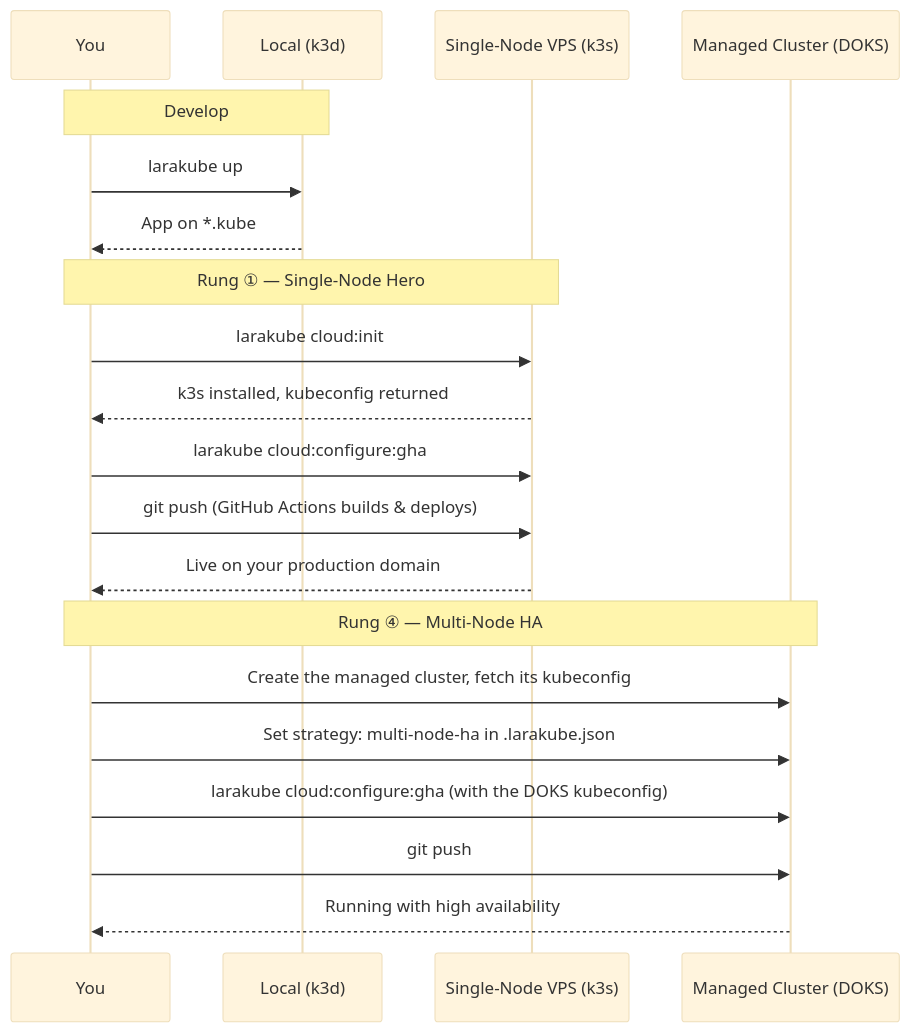
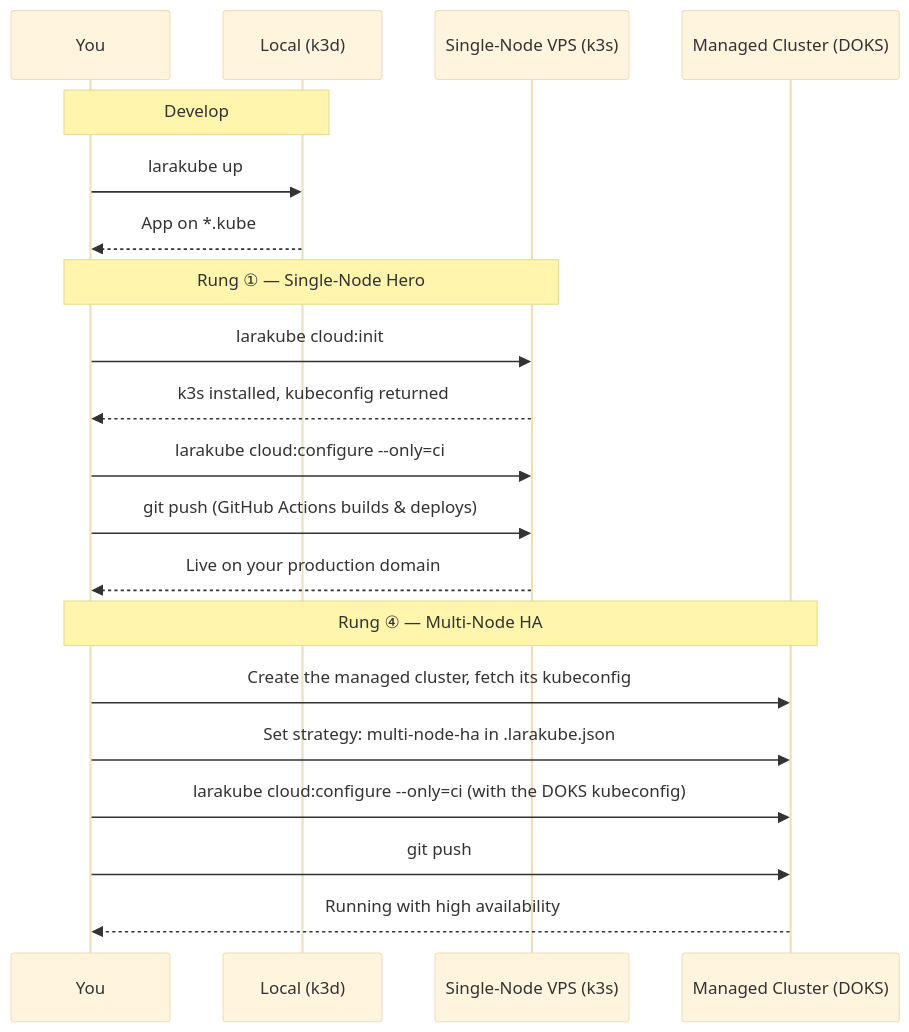
One commit to luchavez-technologies/larakube-docs changed the diagram in docs/deployment/scaling-journey.md. Above: the diagram before and after it, drawn with Mermaid (base theme). The commit also changed 15 other files, not shown here.

First line of the commit message:
docs: reflect unified cloud:configure and add multi-domain web hosts

````diff
--- a/docs/deployment/scaling-journey.md
+++ b/docs/deployment/scaling-journey.md
@@ -152,25 +152,25 @@
 ```mermaid
 sequenceDiagram
     participant You
     participant Local as Local (k3d)
     participant VPS as Single-Node VPS (k3s)
     participant Cloud as Managed Cluster (DOKS)
 
     Note over You,Local: Develop
     You->>Local: larakube up
     Local-->>You: App on *.kube
 
     Note over You,VPS: Rung ① — Single-Node Hero
     You->>VPS: larakube cloud:init
     VPS-->>You: k3s installed, kubeconfig returned
-    You->>VPS: larakube cloud:configure:gha
+    You->>VPS: larakube cloud:configure --only=ci
     You->>VPS: git push  (GitHub Actions builds & deploys)
     VPS-->>You: Live on your production domain
 
     Note over You,Cloud: Rung ④ — Multi-Node HA
     You->>Cloud: Create the managed cluster, fetch its kubeconfig
     You->>Cloud: Set strategy: multi-node-ha in .larakube.json
-    You->>Cloud: larakube cloud:configure:gha  (with the DOKS kubeconfig)
+    You->>Cloud: larakube cloud:configure --only=ci  (with the DOKS kubeconfig)
     You->>Cloud: git push
     Cloud-->>You: Running with high availability
 ```
````
